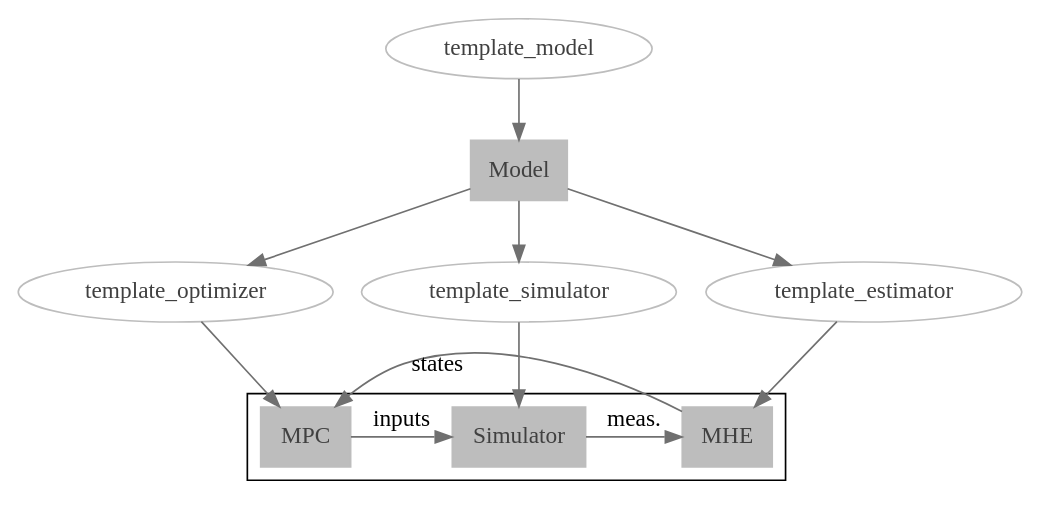
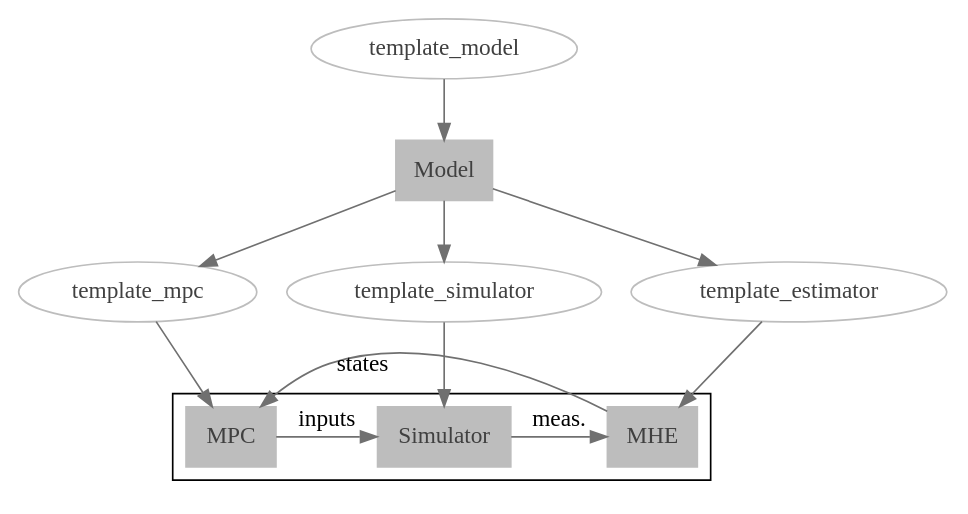
The diagram in documentation/source/project_structure.rst (do-mpc/do-mpc), drawn with Graphviz before and after one commit. The commit also changed other lines of this file and 11 other files, not shown here.

Commit message:
template_optimizer -> template_mpc

```diff
--- a/documentation/source/project_structure.rst
+++ b/documentation/source/project_structure.rst
@@ -15,31 +15,31 @@
 .. graphviz::
     :name: project_structure
     :caption: Project structure
     :align: center
 
     digraph G {
         graph [fontname = "Monaco"];
         node [fontname = "Monaco", fontcolor="#404040", color="#bdbdbd"];
         edge [fontname = "Monaco", color="#707070"];
 
         Model [label="Model", href="../do_mpc.html#do_mpc.model.Model", target="_top", shape=box, style=filled]
         MPC [href="../do_mpc.html#do_mpc.controller.MPC", target="_top", shape=box, style=filled]
         Simulator [href="../do_mpc.html#do_mpc.simulator.Simulator", target="_top", shape=box, style=filled]
         MHE [href="../do_mpc.html#do_mpc.estimator.MHE", target="_top", shape=box, style=filled]
 
         template_model -> Model
-        Model -> template_optimizer,template_simulator, template_estimator;
+        Model -> template_mpc, template_simulator, template_estimator;
 
         Model [shape=box, style=filled]
 
         subgraph cluster_loop {{
             rankdir=TB;
             rank=same;
             MPC -> Simulator [label="inputs"];
             Simulator -> MHE [label="meas."];
             MHE -> MPC [label="states"];
         }}
-        template_optimizer -> MPC;
+        template_mpc -> MPC;
         template_simulator -> Simulator;
         template_estimator -> MHE;
     }
```
